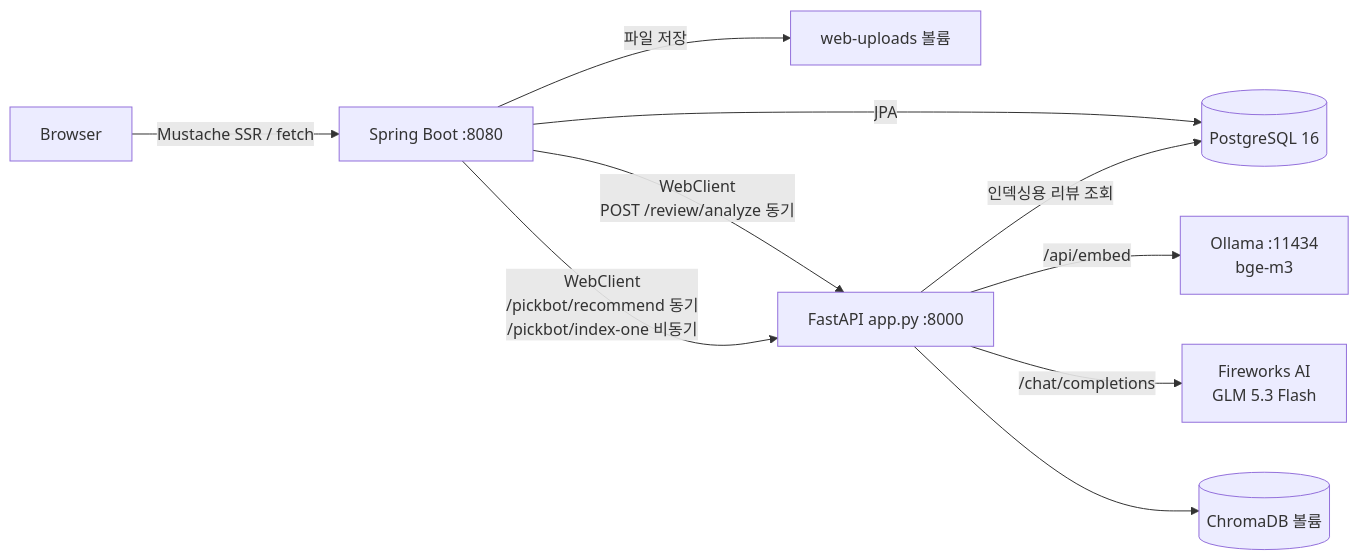
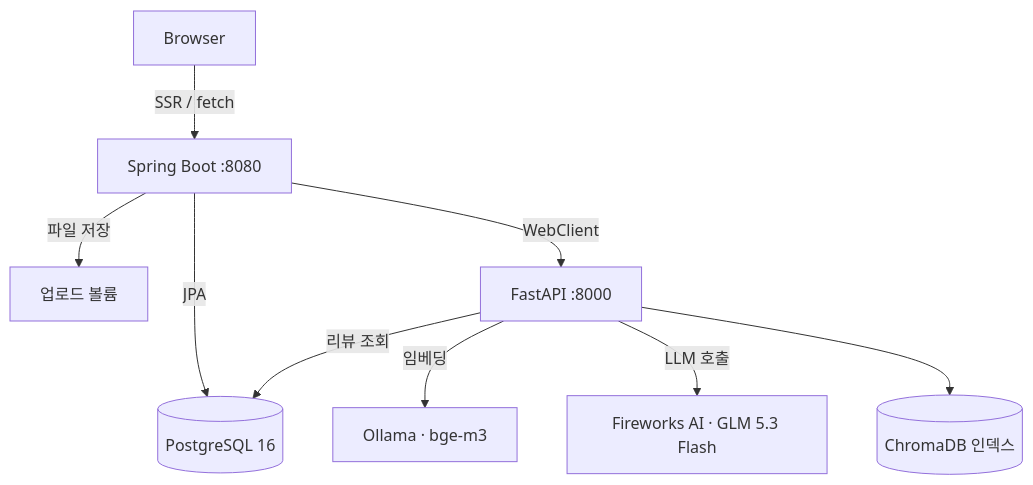
The first of 2 diagrams in ARCHITECTURE.md (HsH1121/MyPickCafe), drawn with Mermaid before and after one commit. The commit also changed other lines of this file, not shown here.

````diff
--- a/ARCHITECTURE.md
+++ b/ARCHITECTURE.md
@@ -250,12 +228,11 @@
 ```mermaid
-flowchart LR
-    B[Browser] -->|Mustache SSR / fetch| S[Spring Boot :8080]
-    S -->|JPA| P[(PostgreSQL 16)]
-    S -->|파일 저장| U[web-uploads 볼륨]
-    S -->|WebClient<br/>POST /review/analyze 동기| F[FastAPI app.py :8000]
-    S -->|WebClient<br/>/pickbot/recommend 동기<br/>/pickbot/index-one 비동기| F
-    F -->|/api/embed| O[Ollama :11434<br/>bge-m3]
-    F -->|/chat/completions| L[Fireworks AI<br/>GLM 5.3 Flash]
-    F -->|인덱싱용 리뷰 조회| P
-    F --> C[(ChromaDB 볼륨)]
+flowchart TD
+    B["Browser"] -->|SSR / fetch| S["Spring Boot :8080"]
+    S -->|JPA| P[("PostgreSQL 16")]
+    S -->|파일 저장| U["업로드 볼륨"]
+    S -->|WebClient| F["FastAPI :8000"]
+    F -->|리뷰 조회| P
+    F -->|임베딩| O["Ollama · bge-m3"]
+    F -->|LLM 호출| L["Fireworks AI · GLM 5.3 Flash"]
+    F --> C[("ChromaDB 인덱스")]
 ```
````
